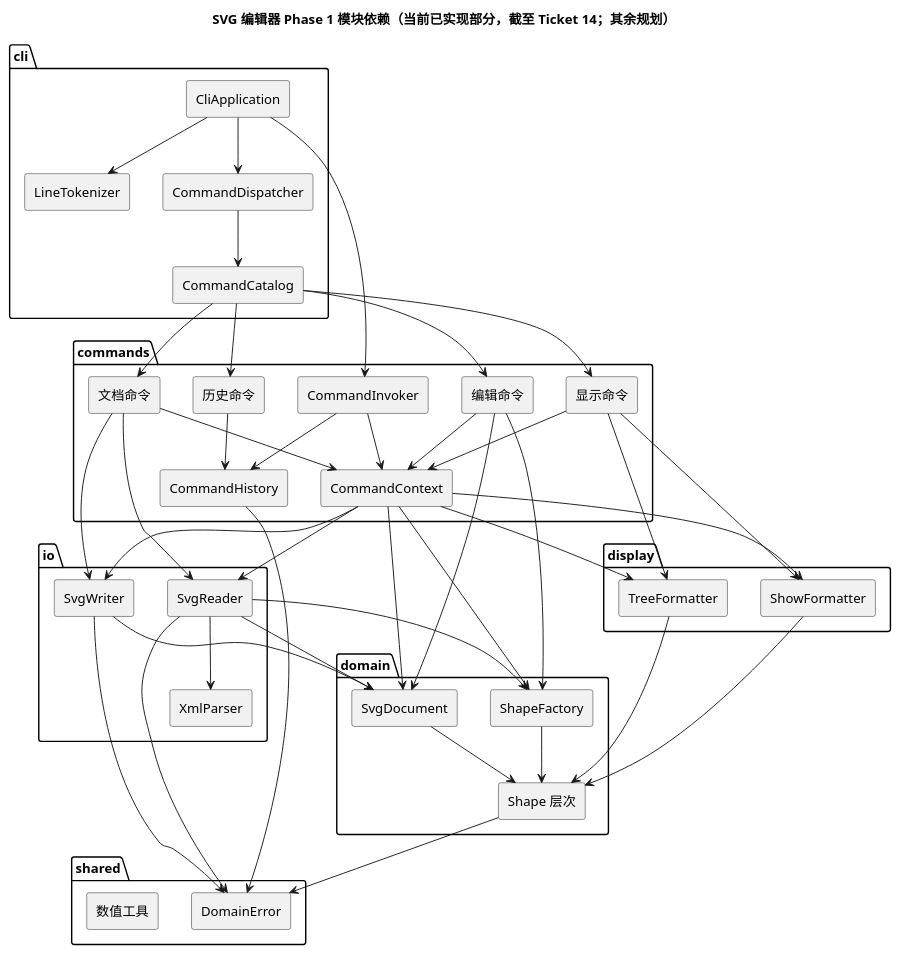
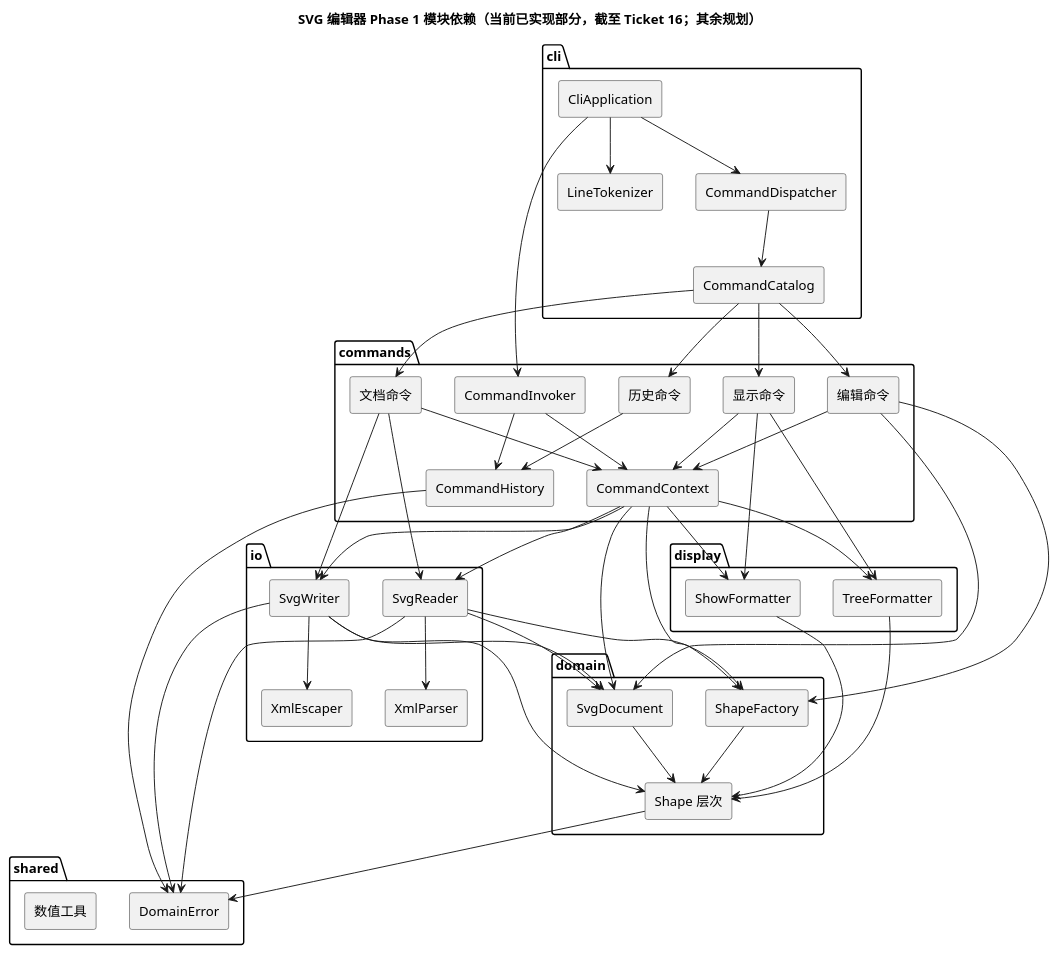
Before and after one commit to NQC233/svg-editor-lab1: the diagram in doc/architecture.puml, drawn with PlantUML. The commit also changed 7 other files, not shown here.

```diff
--- a/doc/architecture.puml
+++ b/doc/architecture.puml
@@ -1,82 +1,85 @@
 @startuml
 skinparam componentStyle rectangle
-title SVG 编辑器 Phase 1 模块依赖（当前已实现部分，截至 Ticket 14；其余规划）
+title SVG 编辑器 Phase 1 模块依赖（当前已实现部分，截至 Ticket 16；其余规划）
 
 package "cli" {
   [CliApplication]
   [CommandDispatcher]
   [CommandCatalog]
   [LineTokenizer]
 }
 
 package "commands" {
   [CommandInvoker]
   [CommandHistory]
   [CommandContext]
   [编辑命令]
   [文档命令]
   [显示命令]
   [历史命令]
 }
 
 package "domain" {
   [SvgDocument]
   [Shape 层次]
   [ShapeFactory]
 }
 
 package "io" {
   [SvgReader]
   [SvgWriter]
   [XmlParser]
+  [XmlEscaper]
 }
 
 package "display" {
   [TreeFormatter]
   [ShowFormatter]
 }
 
 package "shared" {
   [DomainError]
   [数值工具]
 }
 
 [CliApplication] --> [LineTokenizer]
 [CliApplication] --> [CommandDispatcher]
 [CliApplication] --> [CommandInvoker]
 [CommandDispatcher] --> [CommandCatalog]
 [CommandCatalog] --> [编辑命令]
 [CommandCatalog] --> [文档命令]
 [CommandCatalog] --> [显示命令]
 [CommandCatalog] --> [历史命令]
 [CommandInvoker] --> [CommandHistory]
 [CommandInvoker] --> [CommandContext]
 [编辑命令] --> [CommandContext]
 [文档命令] --> [CommandContext]
 [显示命令] --> [CommandContext]
 [历史命令] --> [CommandHistory]
 [CommandContext] --> [SvgDocument]
 [CommandContext] --> [SvgReader]
 [CommandContext] --> [SvgWriter]
 [CommandContext] --> [TreeFormatter]
 [CommandContext] --> [ShowFormatter]
 [CommandContext] --> [ShapeFactory]
 [编辑命令] --> [SvgDocument]
 [编辑命令] --> [ShapeFactory]
 [文档命令] --> [SvgReader]
 [文档命令] --> [SvgWriter]
 [显示命令] --> [TreeFormatter]
 [显示命令] --> [ShowFormatter]
 [SvgReader] --> [XmlParser]
 [SvgReader] --> [SvgDocument]
 [SvgReader] --> [ShapeFactory]
 [SvgWriter] --> [SvgDocument]
+[SvgWriter] --> [Shape 层次]
+[SvgWriter] --> [XmlEscaper]
 [TreeFormatter] --> [Shape 层次]
 [ShowFormatter] --> [Shape 层次]
 [ShapeFactory] --> [Shape 层次]
 [SvgDocument] --> [Shape 层次]
 [Shape 层次] --> [DomainError]
 [SvgReader] --> [DomainError]
 [SvgWriter] --> [DomainError]
 [CommandHistory] --> [DomainError]
 @enduml
```
